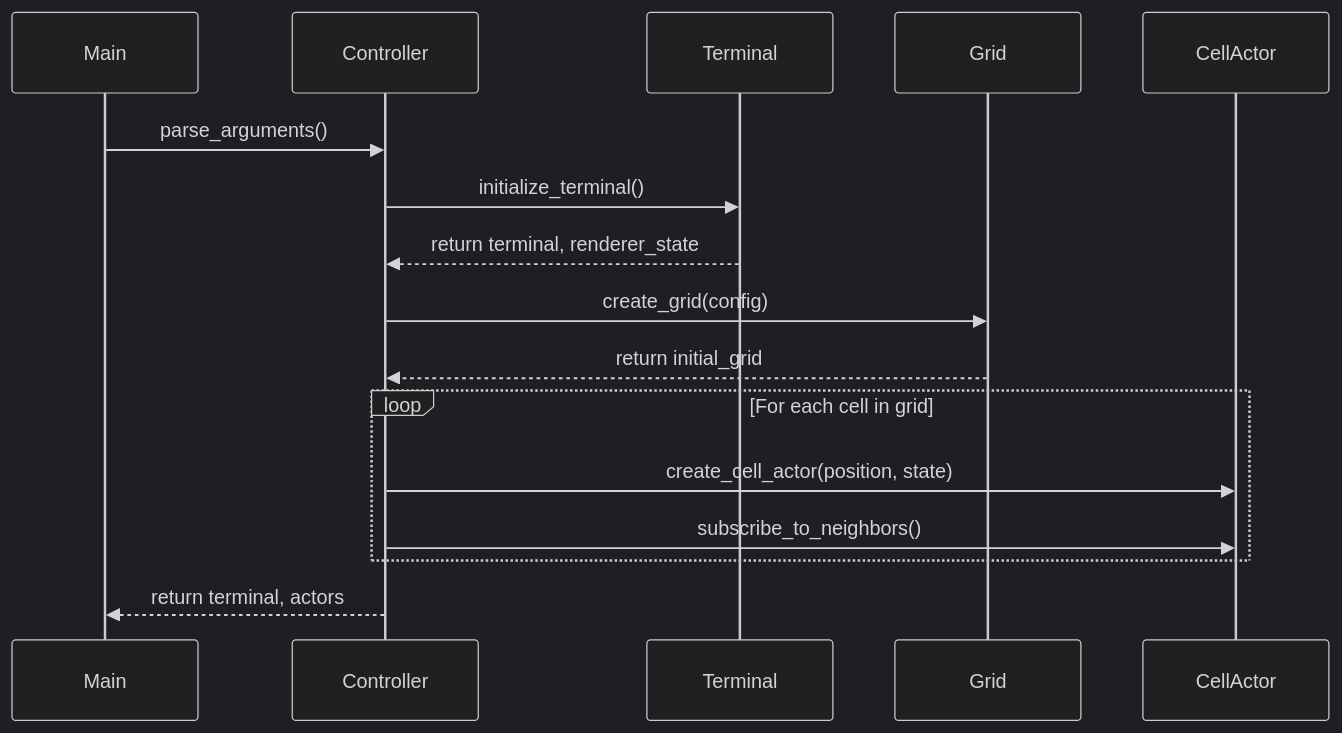
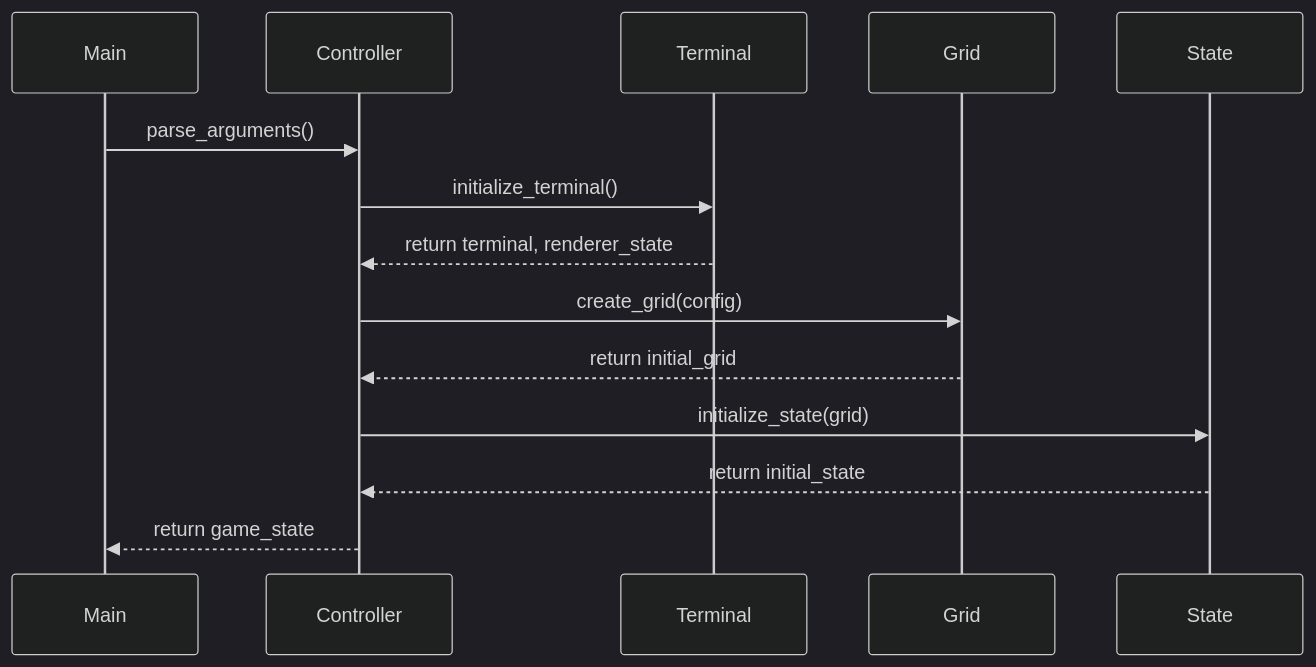
Before and after one commit to dewe/py-gol: the first of 7 diagrams in docs/diagrams.md, drawn with Mermaid (dark theme). The commit also changed other lines of this file, not shown here.

Commit message:
docs: update diagrams to reflect pure functional architecture

````diff
--- a/docs/diagrams.md
+++ b/docs/diagrams.md
@@ -9,19 +9,17 @@
 ```mermaid
 sequenceDiagram
     participant Main
     participant Controller
     participant Terminal
     participant Grid
-    participant CellActor
+    participant State
     
     Main->>Controller: parse_arguments()
     Controller->>Terminal: initialize_terminal()
     Terminal-->>Controller: return terminal, renderer_state
     Controller->>Grid: create_grid(config)
     Grid-->>Controller: return initial_grid
-    loop For each cell in grid
-        Controller->>CellActor: create_cell_actor(position, state)
-        Controller->>CellActor: subscribe_to_neighbors()
-    end
-    Controller-->>Main: return terminal, actors
+    Controller->>State: initialize_state(grid)
+    State-->>Controller: return initial_state
+    Controller-->>Main: return game_state
 ```
````
